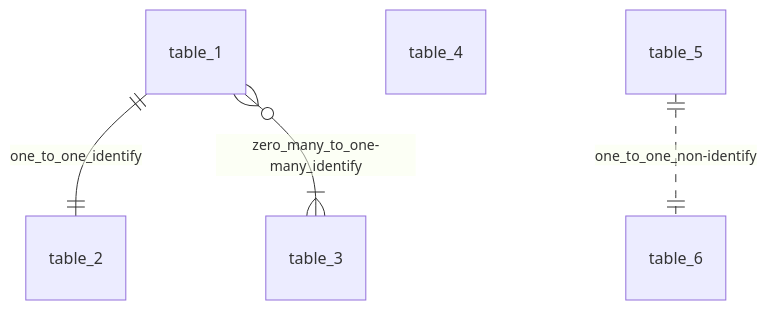
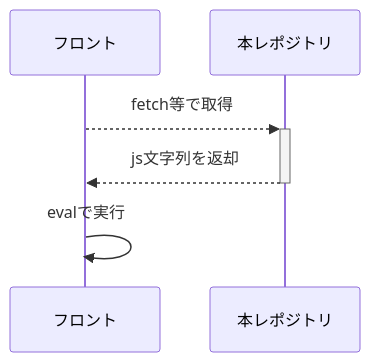
One commit to serna37/bookmarklet-util-js changed the diagram in README.md. Above: the diagram before and after it, drawn with Mermaid. The commit also changed other lines of this file and 2 other files, not shown here.

````diff
--- a/README.md
+++ b/README.md
@@ -216,11 +181,9 @@
 ```mermaid
 ---
 Titile: sample_er
 ---
-erDiagram
-    %% comment
-    table_1 ||--|| table_2 : one_to_one_identify
-    table_1 }o--|{ table_3 : zero_many_to_one-many_identify
-    table_4
-    table_5 ||..|| table_6 : one_to_one_non-identify
+sequenceDiagram
+    フロント-->>+本レポジトリ: fetch等で取得
+    本レポジトリ-->>-フロント: js文字列を返却
+    フロント->>フロント: evalで実行
 ```
````
